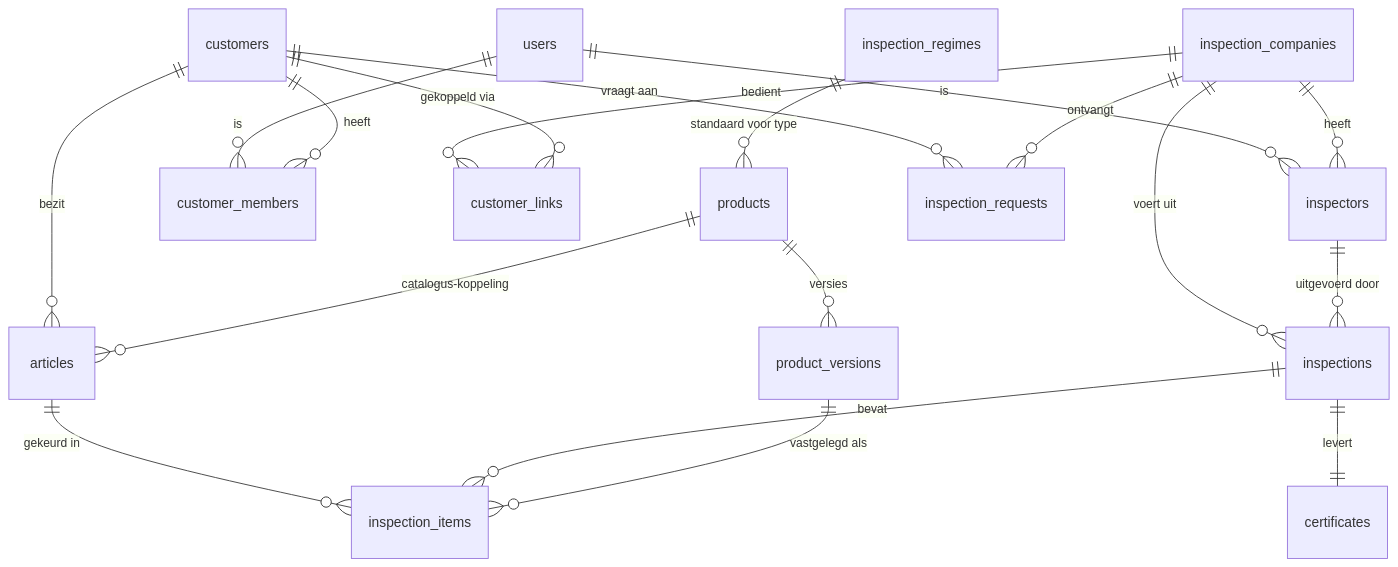
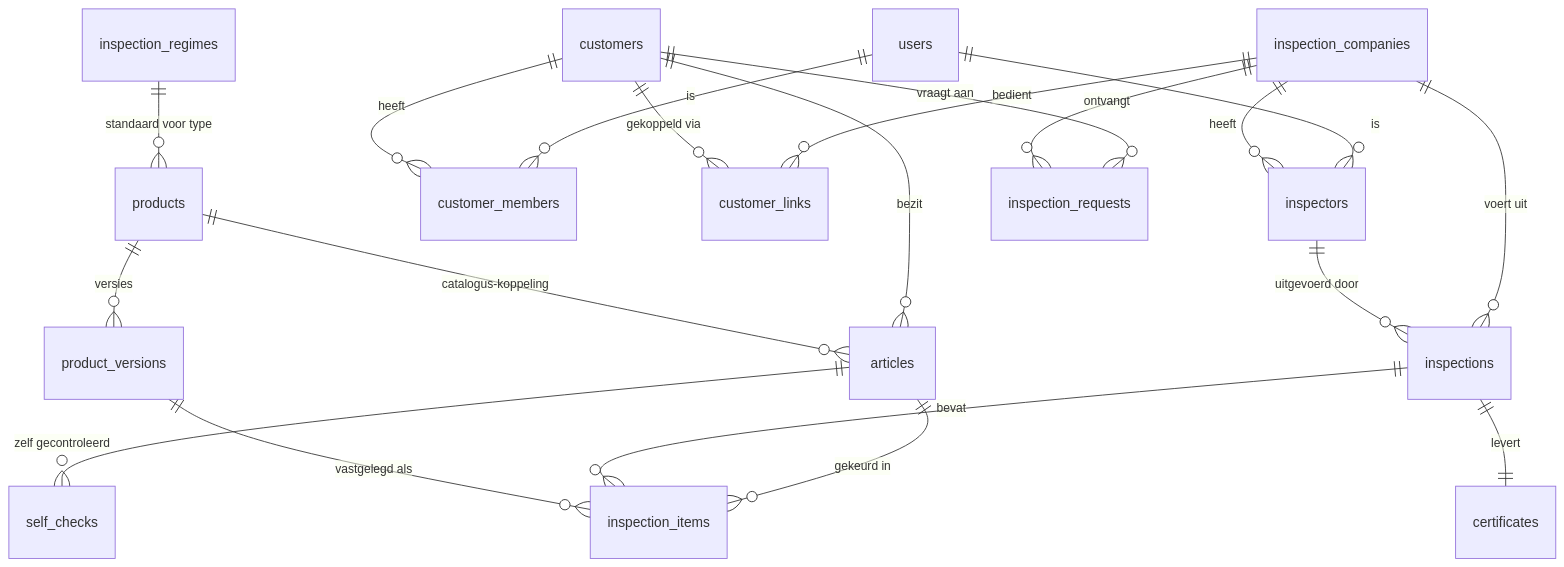
One commit to klimkeurpro/klimkeur-pro changed the diagram in DATAMODEL.md. Above: the diagram before and after it, drawn with Mermaid. The commit also changed other lines of this file, not shown here.

Commit message:
DATAMODEL: self_managed vlag op articles + self_checks tabel, RLS-uitsluiting voor keurmeester/keurbedrijf

````diff
--- a/DATAMODEL.md
+++ b/DATAMODEL.md
@@ -33,21 +33,22 @@
 ```mermaid
 erDiagram
     users ||--o{ inspectors : "is"
     users ||--o{ customer_members : "is"
     inspection_companies ||--o{ inspectors : "heeft"
     inspection_companies ||--o{ customer_links : "bedient"
     customers ||--o{ customer_links : "gekoppeld via"
     customers ||--o{ customer_members : "heeft"
     customers ||--o{ articles : "bezit"
     products ||--o{ product_versions : "versies"
     products ||--o{ articles : "catalogus-koppeling"
     articles ||--o{ inspection_items : "gekeurd in"
     inspections ||--o{ inspection_items : "bevat"
     inspection_companies ||--o{ inspections : "voert uit"
     inspectors ||--o{ inspections : "uitgevoerd door"
     product_versions ||--o{ inspection_items : "vastgelegd als"
     inspections ||--|| certificates : "levert"
     customers ||--o{ inspection_requests : "vraagt aan"
     inspection_companies ||--o{ inspection_requests : "ontvangt"
     inspection_regimes ||--o{ products : "standaard voor type"
+    articles ||--o{ self_checks : "zelf gecontroleerd"
 ```
````
